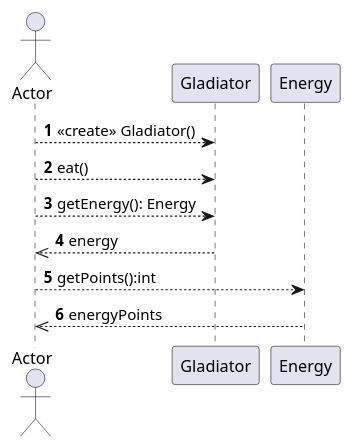
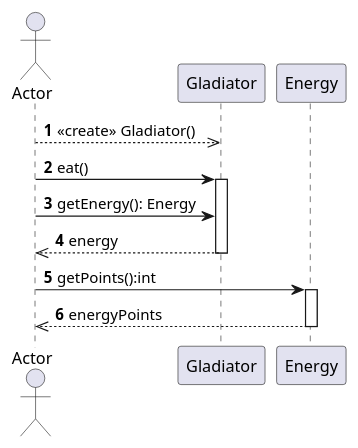
One commit to PabloGCH/tp2-algo3 changed the diagram in diagrams/sequences/UseCase04.puml. Above: the diagram before and after it, drawn with PlantUML.

Commit message:
Arrows fixed and aggregation of lifelines

```diff
--- a/diagrams/sequences/UseCase04.puml
+++ b/diagrams/sequences/UseCase04.puml
@@ -1,10 +1,14 @@
 @startuml
 autonumber
 actor Actor
-Actor --> Gladiator: <<create>> Gladiator()
-Actor --> Gladiator: eat()
-Actor --> Gladiator: getEnergy(): Energy
+Actor -->> Gladiator: <<create>> Gladiator()
+Actor -> Gladiator: eat()
+activate Gladiator
+Actor -> Gladiator: getEnergy(): Energy
 Gladiator -->> Actor: energy
-Actor --> Energy: getPoints():int
+deactivate Gladiator
+Actor -> Energy: getPoints():int
+activate Energy
 Energy -->> Actor: energyPoints
+deactivate Energy
 @enduml
```
